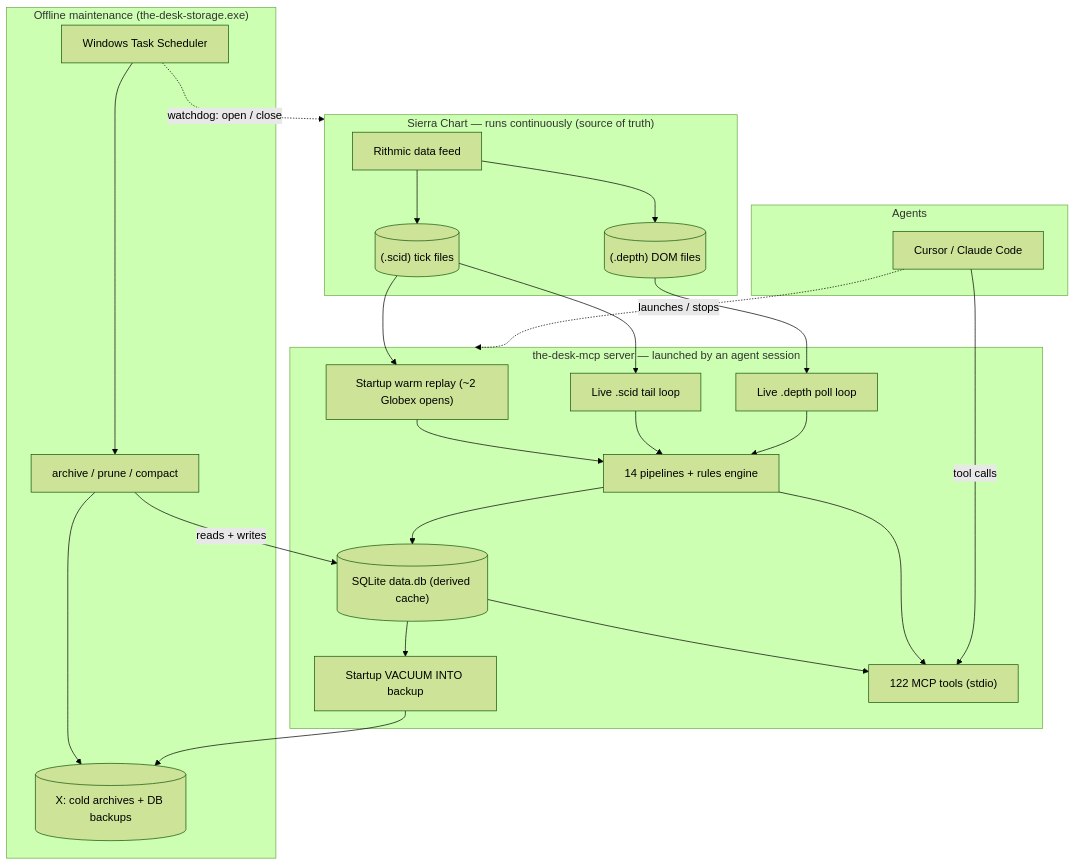
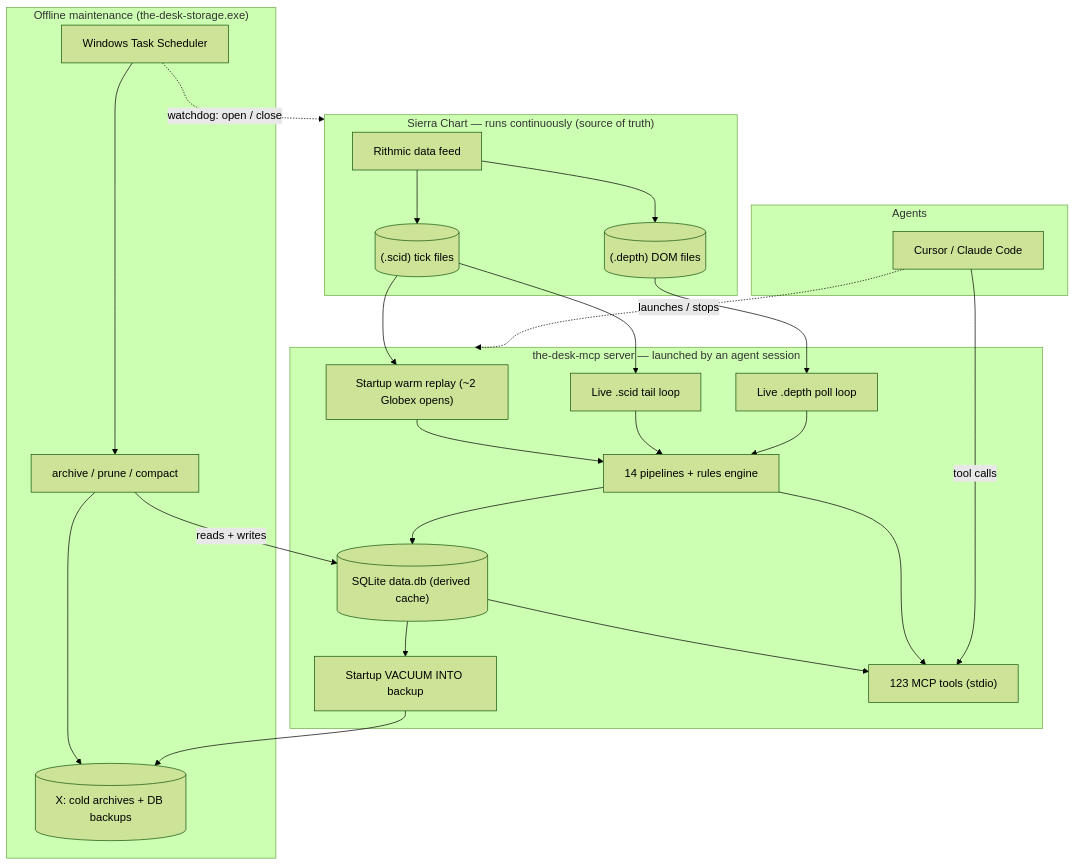
One commit to alecwardd/the-desk changed the diagram in docs/architecture/data-flow.md. Above: the diagram before and after it, drawn with Mermaid (forest theme). The commit also changed 28 other files, not shown here.

````diff
--- a/docs/architecture/data-flow.md
+++ b/docs/architecture/data-flow.md
@@ -20,48 +20,48 @@
 ```mermaid
 flowchart TB
     subgraph SIERRA["Sierra Chart — runs continuously (source of truth)"]
         FEED["Rithmic data feed"]
         SCID[("(.scid) tick files")]
         DEPTH[("(.depth) DOM files")]
         FEED --> SCID
         FEED --> DEPTH
     end
 
     subgraph SERVER["the-desk-mcp server — launched by an agent session"]
         WARM["Startup warm replay (~2 Globex opens)"]
         TAIL["Live .scid tail loop"]
         DLOOP["Live .depth poll loop"]
         PIPE["14 pipelines + rules engine"]
         DB[("SQLite data.db (derived cache)")]
         BK["Startup VACUUM INTO backup"]
-        TOOLS["122 MCP tools (stdio)"]
+        TOOLS["123 MCP tools (stdio)"]
         WARM --> PIPE
         TAIL --> PIPE
         DLOOP --> PIPE
         PIPE --> DB
         DB --> TOOLS
         PIPE --> TOOLS
         DB --> BK
     end
 
     subgraph AGENTS["Agents"]
         CURSOR["Cursor / Claude Code"]
     end
 
     subgraph MAINT["Offline maintenance (the-desk-storage.exe)"]
         STORE["archive / prune / compact"]
         COLD[("X: cold archives + DB backups")]
         TASKS["Windows Task Scheduler"]
     end
 
     SCID --> WARM
     SCID --> TAIL
     DEPTH --> DLOOP
     CURSOR -->|tool calls| TOOLS
     CURSOR -.->|launches / stops| SERVER
     STORE -->|reads + writes| DB
     STORE --> COLD
     BK --> COLD
     TASKS --> STORE
     TASKS -.->|watchdog: open / close| SIERRA
 ```
````
